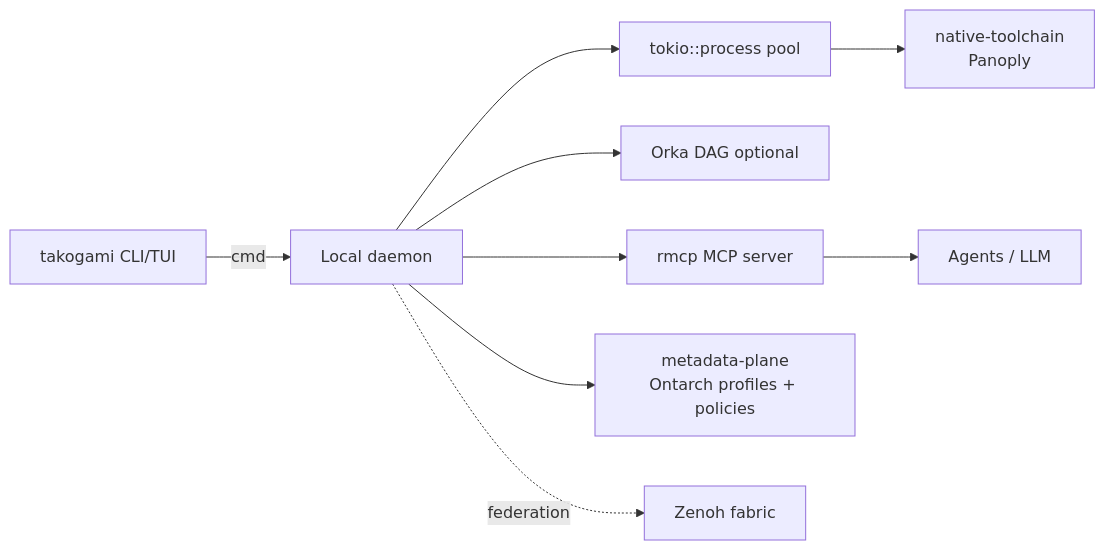
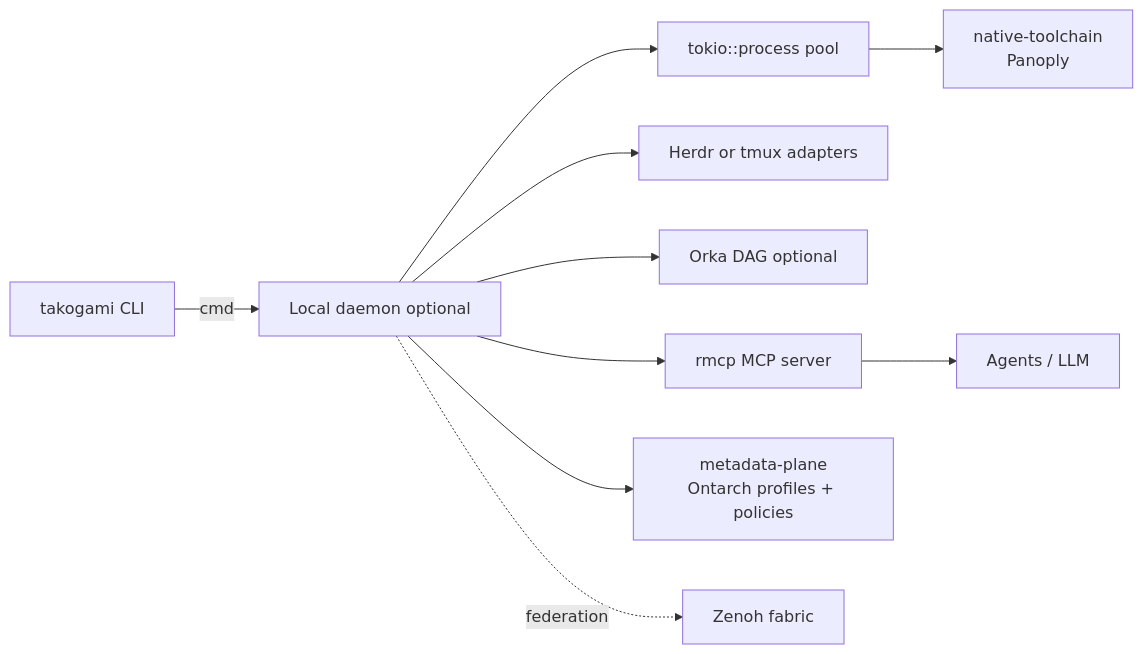
Before and after one commit to luckgrid/wfos: the diagram in docs/runtime-architecture.md, drawn with Mermaid. The commit also changed other lines of this file and 5 other files, not shown here.

````diff
--- a/docs/runtime-architecture.md
+++ b/docs/runtime-architecture.md
@@ -18,11 +23,12 @@
 ```mermaid
 flowchart LR
-  CLI[takogami CLI/TUI] -->|cmd| D[Local daemon]
+  CLI[takogami CLI] -->|cmd| D[Local daemon optional]
   D --> PR[tokio::process pool]
   PR --> NT["native-toolchain\nPanoply"]
+  D --> TERM["Herdr or tmux adapters"]
   D --> ORK[Orka DAG optional]
   D --> MCP[rmcp MCP server]
   MCP --> LLM[Agents / LLM]
   D --> CX["metadata-plane\nOntarch profiles + policies"]
   D -. federation .-> ZEN[Zenoh fabric]
 ```
````
